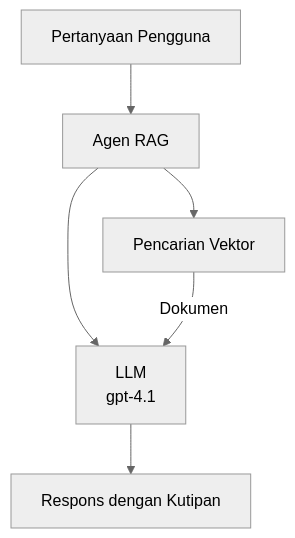
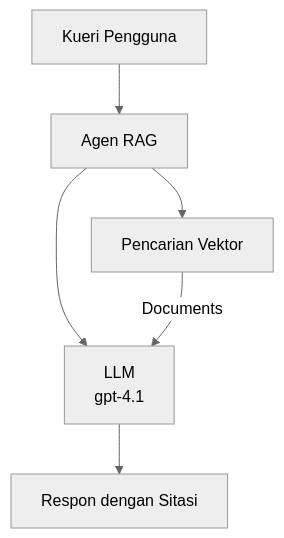
The second of 3 diagrams in translations/id/docs/chapter-02-ai-development/agents.md (microsoft/AZD-for-beginners), drawn with Mermaid (neutral theme) before and after one commit. The commit also changed other lines of this file and 58 other files, not shown here.

````diff
--- a/translations/id/docs/chapter-02-ai-development/agents.md
+++ b/translations/id/docs/chapter-02-ai-development/agents.md
@@ -181,8 +181,8 @@
 ```mermaid
 graph TD
-    Query[Pertanyaan Pengguna] --> RAG[Agen RAG]
+    Query[Kueri Pengguna] --> RAG[Agen RAG]
     RAG --> Vector[Pencarian Vektor]
     RAG --> LLM[LLM<br/>gpt-4.1]
-    Vector -- Dokumen --> LLM
-    LLM --> Response[Respons dengan Kutipan]
+    Vector -- Documents --> LLM
+    LLM --> Response[Respon dengan Sitasi]
 ```
````
